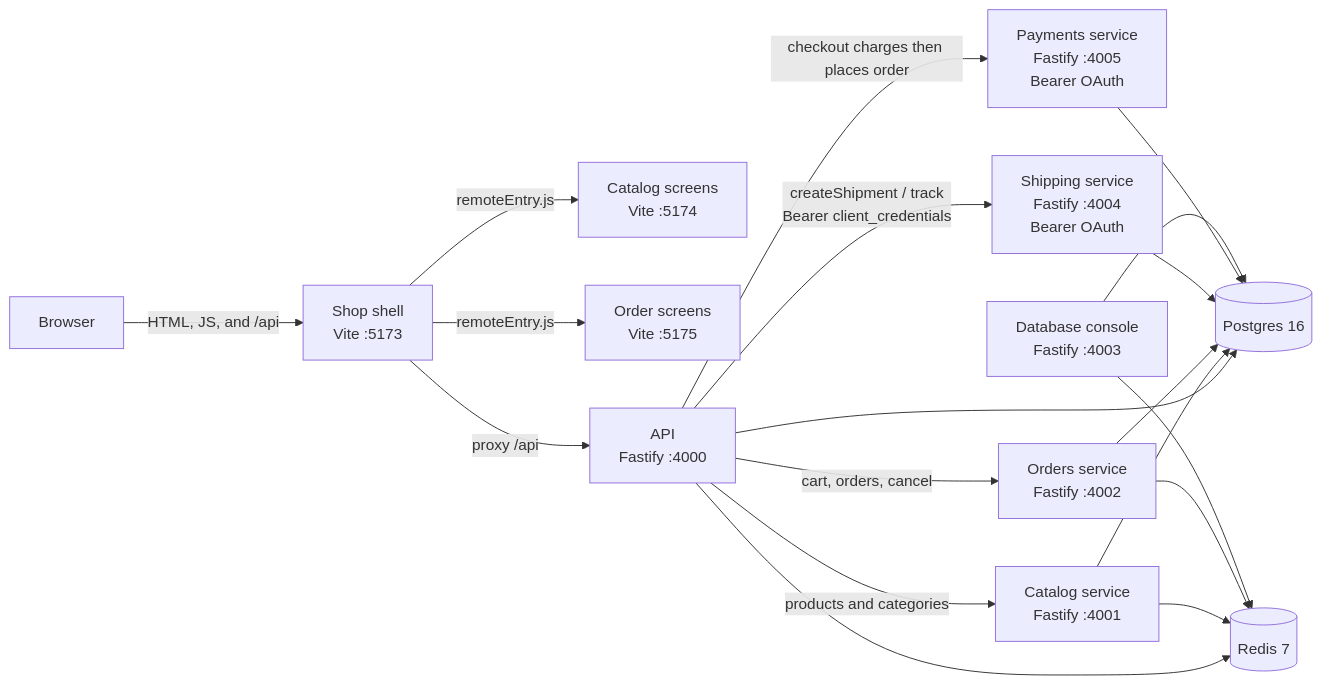
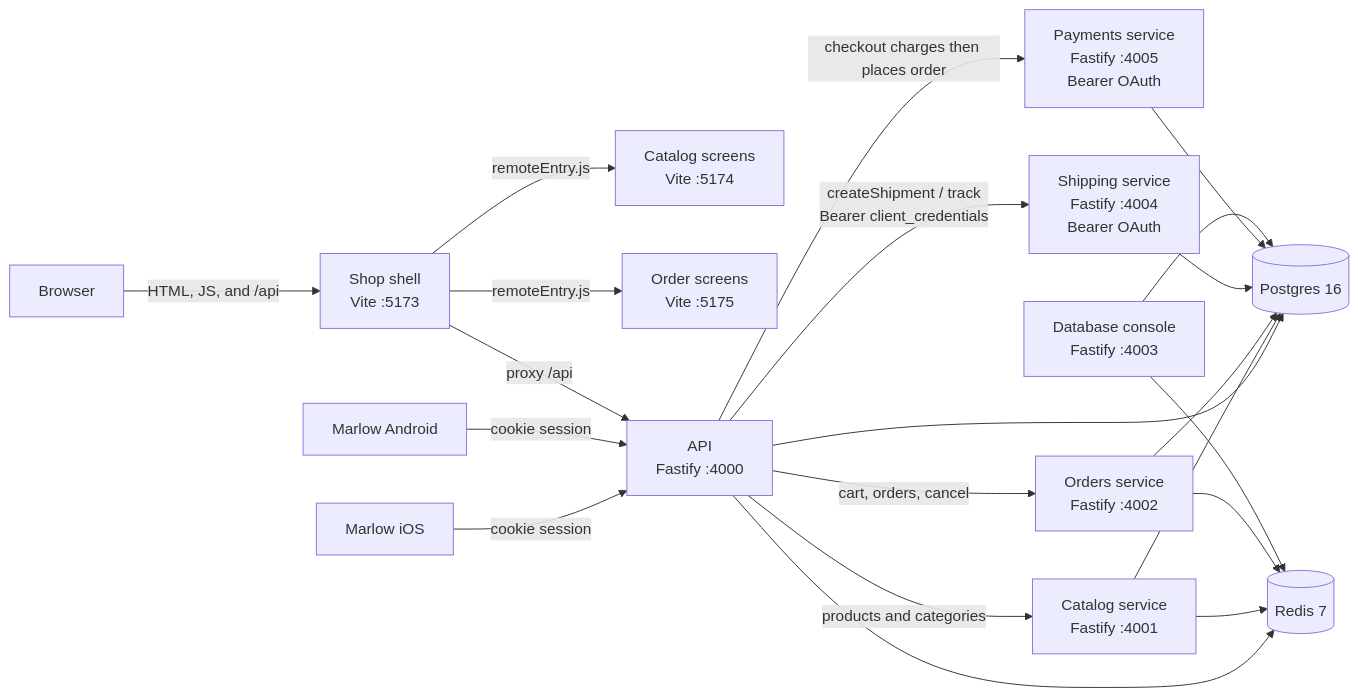
One commit to VinceBarresi/Marlow changed the first of 3 diagrams in ARCHITECTURE.md. Above: the diagram before and after it, drawn with Mermaid. The commit also changed other lines of this file and 63 other files, not shown here.

First line of the commit message:
Add Android Compose customer app and Appium Android e2e coverage.

````diff
--- a/ARCHITECTURE.md
+++ b/ARCHITECTURE.md
@@ -9,34 +9,38 @@
 ```mermaid
 flowchart LR
   browser["Browser"]
+  iosApp["Marlow iOS"]
+  androidApp["Marlow Android"]
   shell["Shop shell<br/>Vite :5173"]
   catalogUi["Catalog screens<br/>Vite :5174"]
   ordersUi["Order screens<br/>Vite :5175"]
   api["API<br/>Fastify :4000"]
   catalog["Catalog service<br/>Fastify :4001"]
   orders["Orders service<br/>Fastify :4002"]
   shipping["Shipping service<br/>Fastify :4004<br/>Bearer OAuth"]
   payments["Payments service<br/>Fastify :4005<br/>Bearer OAuth"]
   console["Database console<br/>Fastify :4003"]
   pg[("Postgres 16")]
   redis[("Redis 7")]
 
   browser -->|"HTML, JS, and /api"| shell
+  iosApp -->|"cookie session"| api
+  androidApp -->|"cookie session"| api
   shell -->|"remoteEntry.js"| catalogUi
   shell -->|"remoteEntry.js"| ordersUi
   shell -->|"proxy /api"| api
   api -->|"products and categories"| catalog
   api -->|"cart, orders, cancel"| orders
   api -->|"checkout charges then places order"| payments
   api -->|"createShipment / track<br/>Bearer client_credentials"| shipping
   api --> pg
   api --> redis
   catalog --> pg
   catalog --> redis
   orders --> pg
   orders --> redis
   shipping --> pg
   payments --> pg
   console --> pg
   console --> redis
 ```
````
